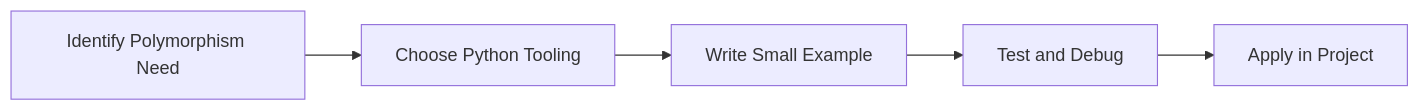
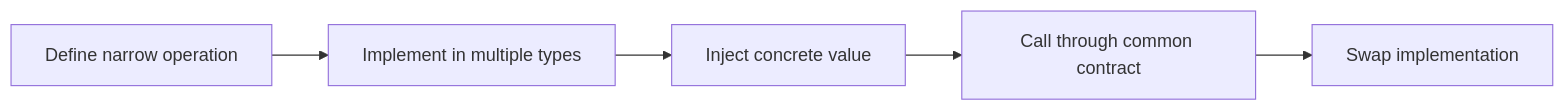
Before and after one commit to SYMOIZ/E-Learning-Portal: the diagram in Python-Mastery/Intermediate/07-polymorphism.md, drawn with Mermaid. The commit also changed other lines of this file and 116 other files, not shown here.

````diff
--- a/Python-Mastery/Intermediate/07-polymorphism.md
+++ b/Python-Mastery/Intermediate/07-polymorphism.md
@@ -150,7 +157,7 @@
 ```mermaid
 flowchart LR
-    A[Identify Polymorphism Need] --> B[Choose Python Tooling]
-    B --> C[Write Small Example]
-    C --> D[Test and Debug]
-    D --> E[Apply in Project]
+    A[Define narrow operation] --> B[Implement in multiple types]
+    B --> C[Inject concrete value]
+    C --> D[Call through common contract]
+    D --> E[Swap implementation]
 ```
````
